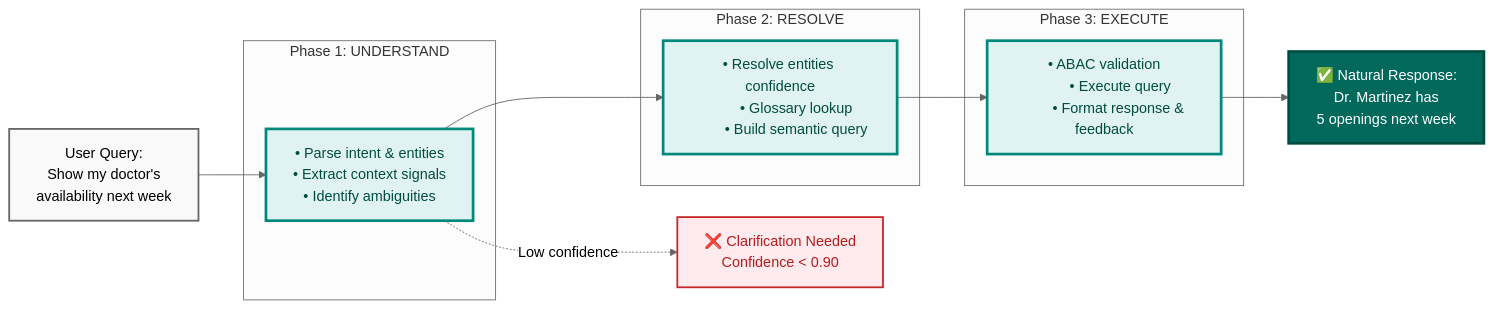
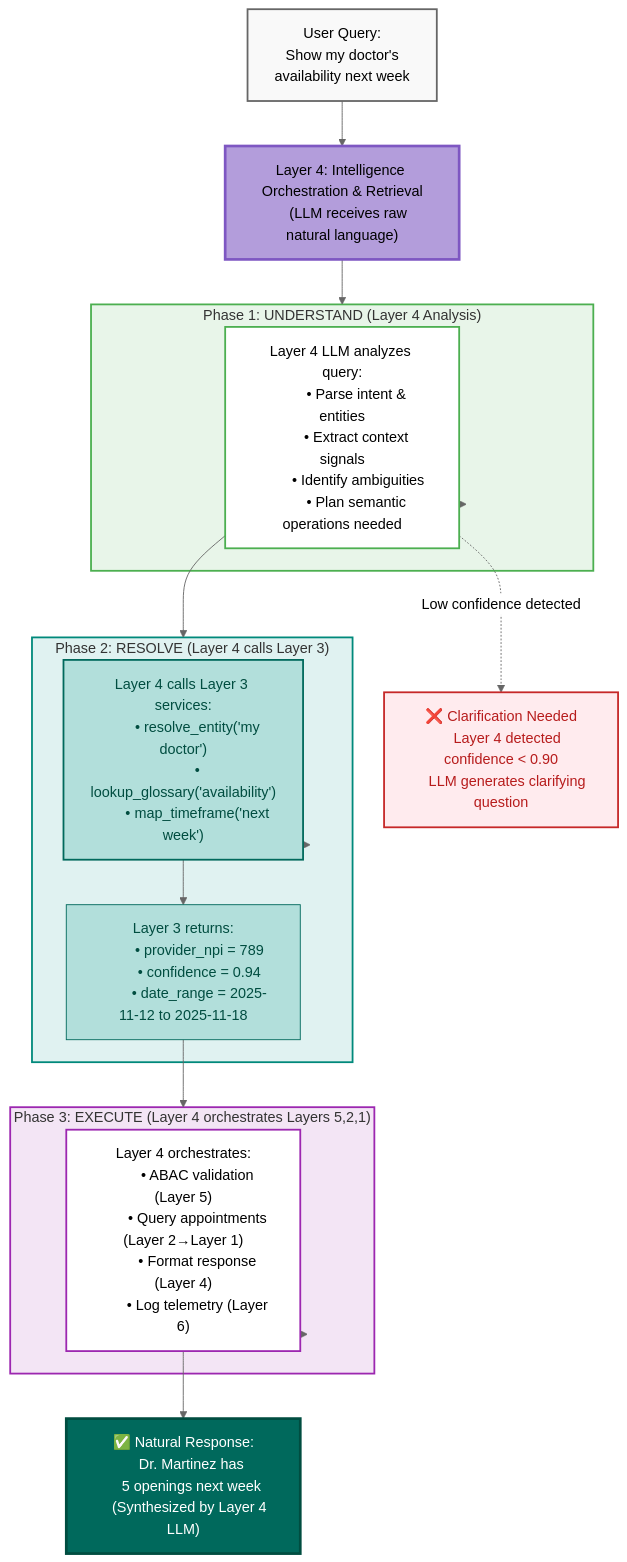
The sixth of 11 diagrams in chapter-02/chapter_2_complete.md (colaberry/enterprise-data-readiness-ai-agents), drawn with Mermaid (neutral theme) before and after one commit. The commit also changed other lines of this file and 1 other file, not shown here.

First line of the commit message:
diagrams updated to fix discrepencies

````diff
--- a/chapter-02/chapter_2_complete.md
+++ b/chapter-02/chapter_2_complete.md
@@ -889,45 +918,69 @@
 ```mermaid
-graph LR
+graph TB
     NL["User Query:
     Show my doctor's
     availability next week"]
     
-    subgraph "Phase 1: UNDERSTAND"
-        P1["• Parse intent & entities
+    NL --> L4["Layer 4: Intelligence Orchestration & Retrieval
+    (LLM receives raw natural language)"]
+    
+    subgraph PHASE1["Phase 1: UNDERSTAND (Layer 4 Analysis)"]
+        P1["Layer 4 LLM analyzes query:
+        • Parse intent & entities
         • Extract context signals
-        • Identify ambiguities"]
+        • Identify ambiguities
+        • Plan semantic operations needed"]
     end
     
-    subgraph "Phase 2: RESOLVE"
-        P2["• Resolve entities confidence
-        • Glossary lookup
-        • Build semantic query"]
+    subgraph PHASE2["Phase 2: RESOLVE (Layer 4 calls Layer 3)"]
+        P2A["Layer 4 calls Layer 3 services:
+        • resolve_entity('my doctor')
+        • lookup_glossary('availability')
+        • map_timeframe('next week')"]
+        
+        P2B["Layer 3 returns:
+        • provider_npi = 789
+        • confidence = 0.94
+        • date_range = 2025-11-12 to 2025-11-18"]
     end
     
-    subgraph "Phase 3: EXECUTE"
-        P3["• ABAC validation
-        • Execute query
-        • Format response & feedback"]
+    subgraph PHASE3["Phase 3: EXECUTE (Layer 4 orchestrates Layers 5,2,1)"]
+        P3["Layer 4 orchestrates:
+        • ABAC validation (Layer 5)
+        • Query appointments (Layer 2→Layer 1)
+        • Format response (Layer 4)
+        • Log telemetry (Layer 6)"]
     end
     
     CLARIFY["❌ Clarification Needed
-    Confidence < 0.90"]
+    Layer 4 detected confidence < 0.90
+    LLM generates clarifying question"]
     
     RESULT["✅ Natural Response:
     Dr. Martinez has
-    5 openings next week"]
+    5 openings next week
+    (Synthesized by Layer 4 LLM)"]
     
-    NL --> P1
-    P1 --> P2
-    P2 --> P3
+    L4 --> PHASE1
+    PHASE1 --> P1
+    P1 --> PHASE2
+    PHASE2 --> P2A
+    P2A --> P2B
+    P2B --> PHASE3
+    PHASE3 --> P3
     P3 --> RESULT
     
-    P1 -.->|Low confidence| CLARIFY
+    P1 -.->|Low confidence detected| CLARIFY
     
-    style P1 fill:#e0f2f1,stroke:#00897b,stroke-width:3px,color:#004d40
-    style P2 fill:#e0f2f1,stroke:#00897b,stroke-width:3px,color:#004d40
-    style P3 fill:#e0f2f1,stroke:#00897b,stroke-width:3px,color:#004d40
+    style L4 fill:#b39ddb,stroke:#7e57c2,stroke-width:3px,color:#000000
+    style PHASE1 fill:#e8f5e9,stroke:#4caf50,stroke-width:2px
+    style PHASE2 fill:#e0f2f1,stroke:#00897b,stroke-width:2px
+    style PHASE3 fill:#f3e5f5,stroke:#9c27b0,stroke-width:2px
+    style P1 fill:#ffffff,stroke:#4caf50,stroke-width:2px,color:#000000
+    style P2A fill:#b2dfdb,stroke:#00695c,stroke-width:2px,color:#004d40
+    style P2B fill:#b2dfdb,stroke:#00695c,stroke-width:1px,color:#004d40
+    style P3 fill:#ffffff,stroke:#9c27b0,stroke-width:2px,color:#000000
     style RESULT fill:#00695c,color:#ffffff,stroke:#004d40,stroke-width:3px
     style CLARIFY fill:#ffebee,stroke:#c62828,stroke-width:2px,color:#b71c1c
     style NL fill:#f9f9f9,stroke:#666666,stroke-width:2px,color:#000000
 ```
````
